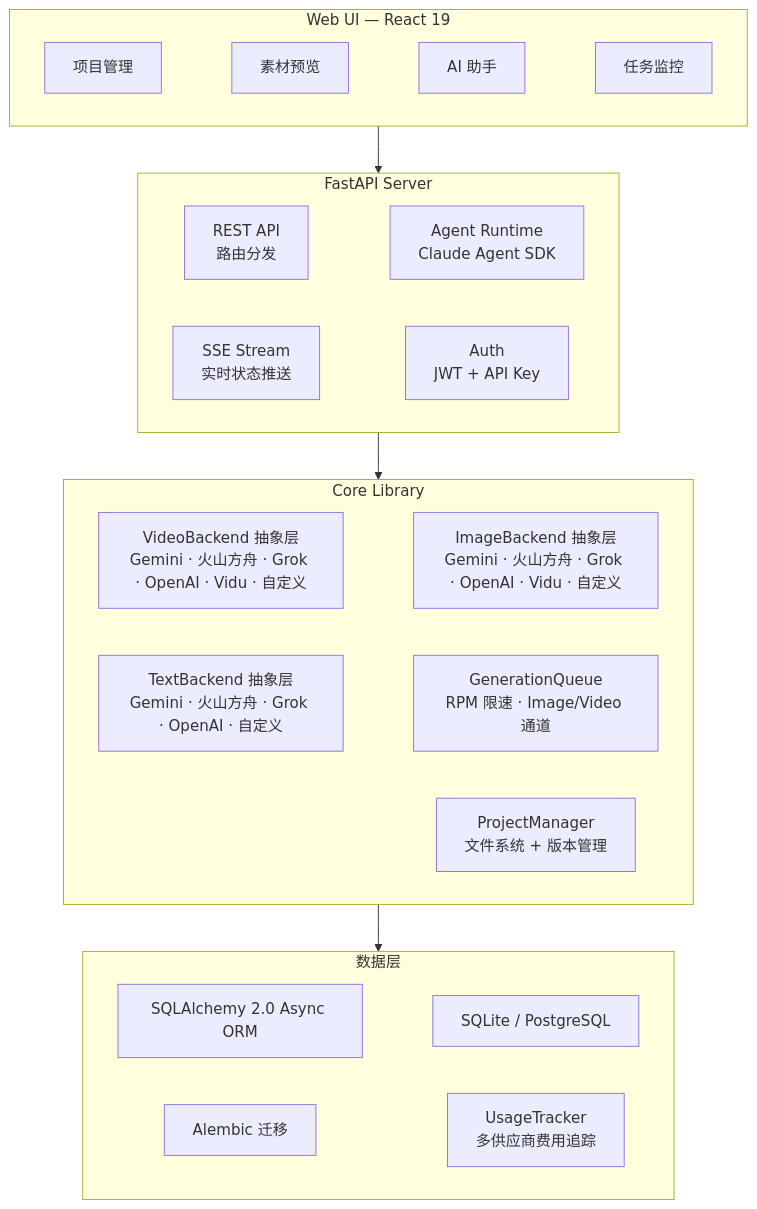
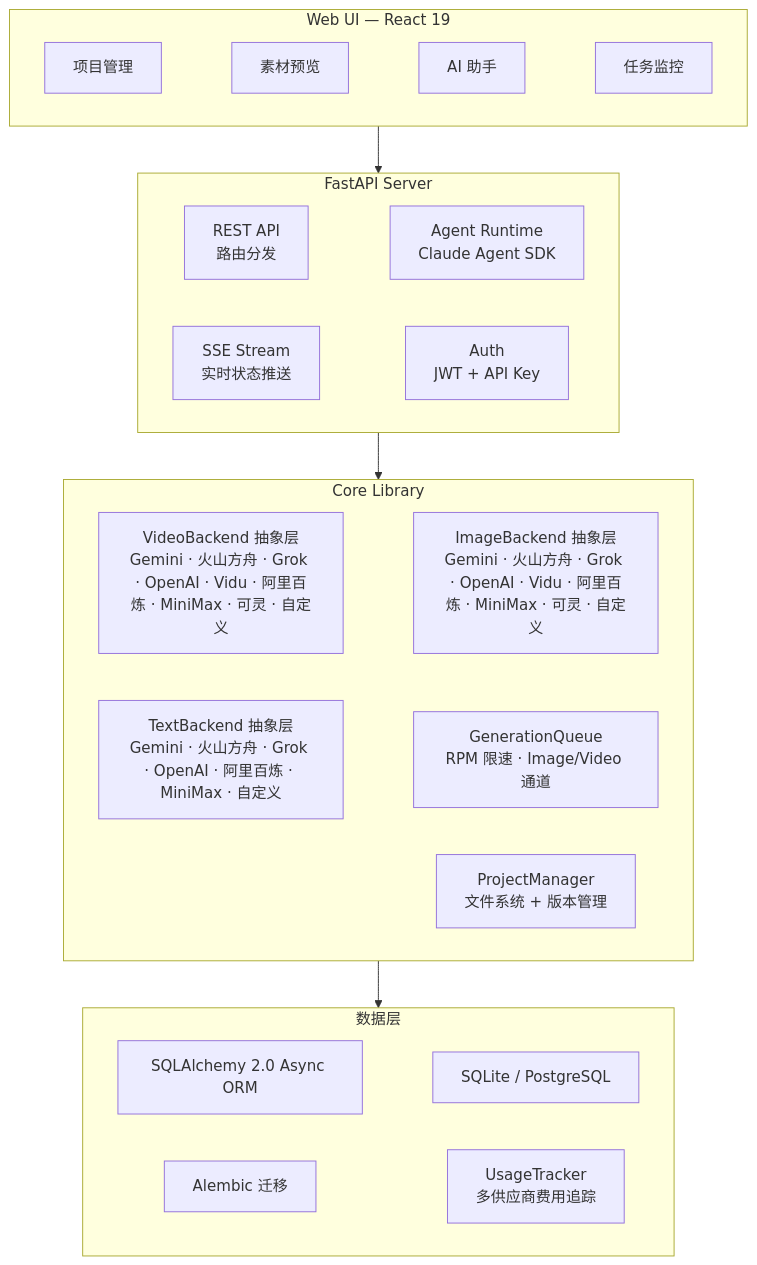
One commit to ArcReel/ArcReel changed the third of 3 diagrams in README.md. Above: the diagram before and after it, drawn with Mermaid. The commit also changed other lines of this file and 5 other files, not shown here.

````diff
--- a/README.md
+++ b/README.md
@@ -231,24 +242,24 @@
 ```mermaid
 flowchart TB
     subgraph UI["Web UI — React 19"]
         U1["项目管理"] ~~~ U2["素材预览"] ~~~ U3["AI 助手"] ~~~ U4["任务监控"]
     end
 
     subgraph Server["FastAPI Server"]
         S1["REST API<br/>路由分发"] ~~~ S2["Agent Runtime<br/>Claude Agent SDK"]
         S3["SSE Stream<br/>实时状态推送"] ~~~ S4["Auth<br/>JWT + API Key"]
     end
 
     subgraph Core["Core Library"]
-        C1["VideoBackend 抽象层<br/>Gemini · 火山方舟 · Grok · OpenAI · Vidu · 自定义"] ~~~ C2["ImageBackend 抽象层<br/>Gemini · 火山方舟 · Grok · OpenAI · Vidu · 自定义"]
-        C5["TextBackend 抽象层<br/>Gemini · 火山方舟 · Grok · OpenAI · 自定义"] ~~~ C3["GenerationQueue<br/>RPM 限速 · Image/Video 通道"]
+        C1["VideoBackend 抽象层<br/>Gemini · 火山方舟 · Grok · OpenAI · Vidu · 阿里百炼 · MiniMax · 可灵 · 自定义"] ~~~ C2["ImageBackend 抽象层<br/>Gemini · 火山方舟 · Grok · OpenAI · Vidu · 阿里百炼 · MiniMax · 可灵 · 自定义"]
+        C5["TextBackend 抽象层<br/>Gemini · 火山方舟 · Grok · OpenAI · 阿里百炼 · MiniMax · 自定义"] ~~~ C3["GenerationQueue<br/>RPM 限速 · Image/Video 通道"]
         C4["ProjectManager<br/>文件系统 + 版本管理"]
     end
 
     subgraph Data["数据层"]
         D1["SQLAlchemy 2.0 Async ORM"] ~~~ D2["SQLite / PostgreSQL"]
         D3["Alembic 迁移"] ~~~ D4["UsageTracker<br/>多供应商费用追踪"]
     end
 
     UI --> Server --> Core --> Data
 ```
````
